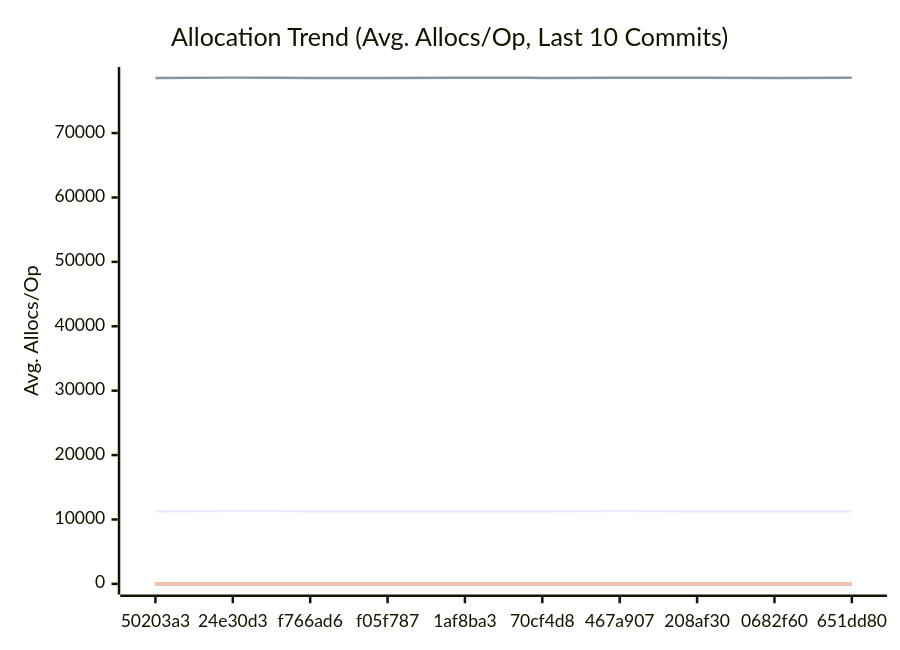
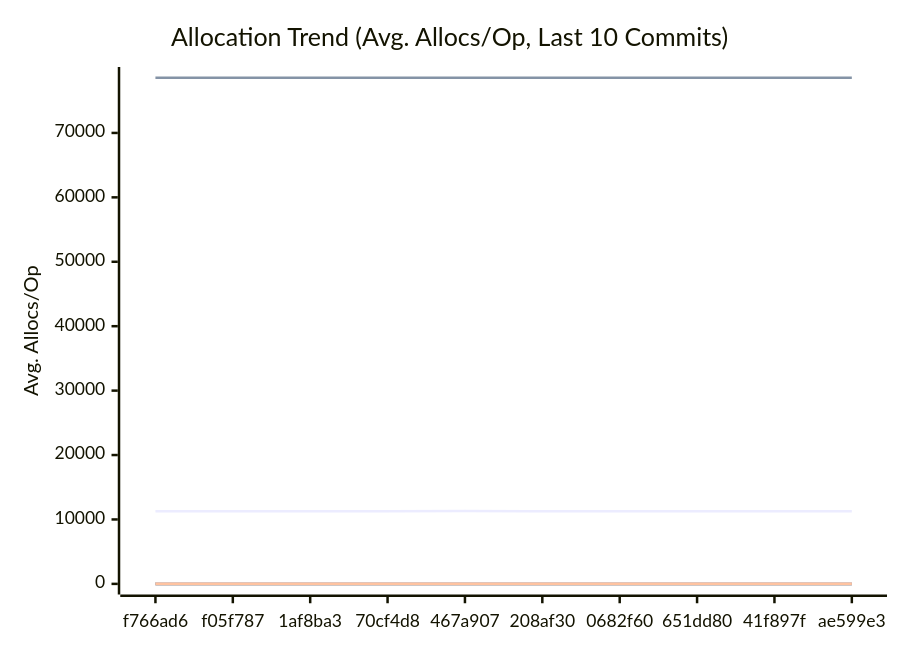
One commit to alsotoes/momo changed the third of 3 diagrams in docs/PERFORMANCE.md. Above: the diagram before and after it, drawn with Mermaid. The commit also changed other lines of this file and 3 other files, not shown here.

````diff
--- a/docs/PERFORMANCE.md
+++ b/docs/PERFORMANCE.md
@@ -197,20 +197,20 @@
 ```mermaid
 xychart-beta
     title "Allocation Trend (Avg. Allocs/Op, Last 10 Commits)"
     x-axis "Commit"
     y-axis "Avg. Allocs/Op"
-    x-axis [50203a3,24e30d3,f766ad6,f05f787,1af8ba3,70cf4d8,467a907,208af30,0682f60,651dd80]
-    line "AWSChunkedReaderSigned" [11293,11324,11281,11276,11279,11278,11297,11285,11285,11290]
-    line "AWSChunkedReaderUnsigned" [78569,78612,78565,78564,78575,78573,78574,78586,78562,78583]
+    x-axis [f766ad6,f05f787,1af8ba3,70cf4d8,467a907,208af30,0682f60,651dd80,41f897f,ae599e3]
+    line "AWSChunkedReaderSigned" [11281,11276,11279,11278,11297,11285,11285,11290,11275,11278]
+    line "AWSChunkedReaderUnsigned" [78565,78564,78575,78573,78574,78586,78562,78583,78570,78570]
     line "CheckMetricsAndSwap" [0,0,0,0,0,0,0,0,0,0]
     line "CrushOptimized" [0,0,0,0,0,0,0,0,0,0]
     line "CrushOriginal" [3,3,3,3,3,3,3,3,3,3]
     line "IndexDirectTracking" [0,0,0,0,0,0,0,0,0,0]
     line "IndexSearch" [0,0,0,0,0,0,0,0,0,0]
     line "LoadGlobalConfig" [54,54,54,54,54,54,54,54,54,54]
     line "PadString" [1,1,1,1,1,1,1,1,1,1]
     line "ParseReplicationOrder_NoPrealloc" [6,6,6,6,6,5,5,5,5,5]
     line "ParseReplicationOrder_Prealloc" [2,2,2,2,2,1,1,1,1,1]
     line "SanitizeLog/Safe" [0,0,0,0,0,0,0,0,0,0]
     line "SanitizeLog/Unsafe" [1,1,1,1,1,1,1,1,1,1]
 ```
````
